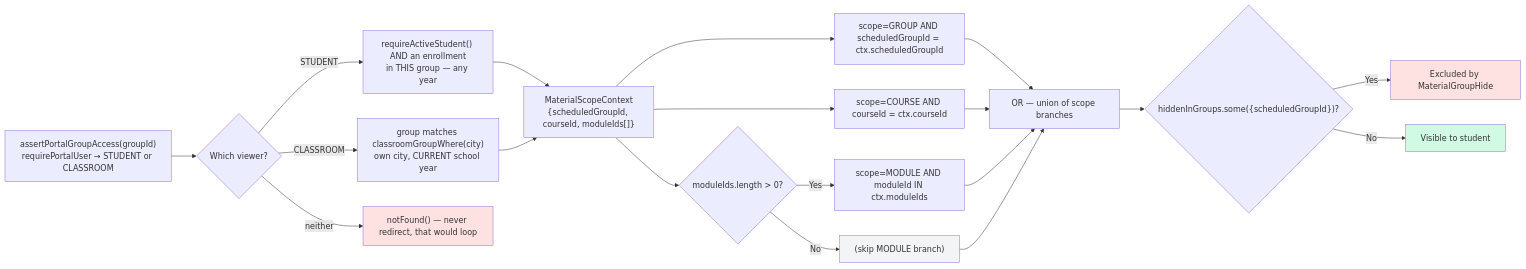
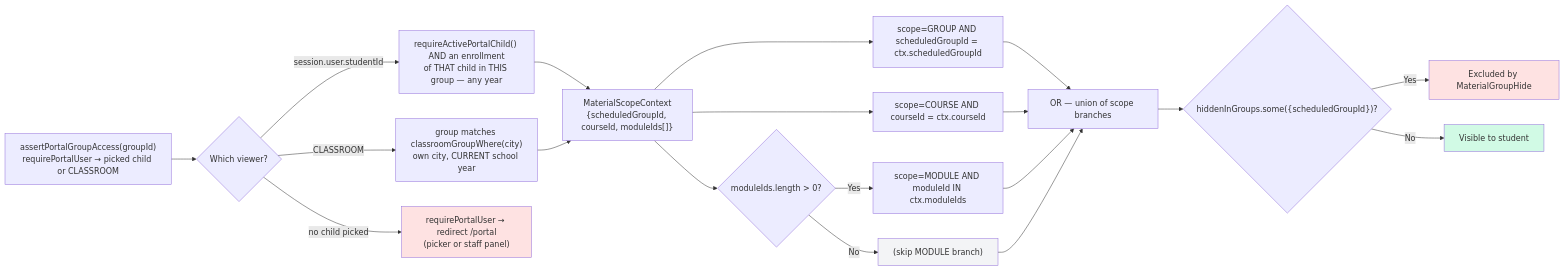
The third of 4 diagrams in docs/diagrams/material-scope.md (jpucic00/inovatic), drawn with Mermaid before and after one commit. The commit also changed other lines of this file and 22 other files, not shown here.

````diff
--- a/docs/diagrams/material-scope.md
+++ b/docs/diagrams/material-scope.md
@@ -77,30 +77,30 @@
 ```mermaid
 flowchart LR
-    V["assertPortalGroupAccess(groupId)<br/>requirePortalUser → STUDENT or CLASSROOM"] --> VW{Which viewer?}
-    VW -->|STUDENT| VS["requireActiveStudent() AND an enrollment<br/>in THIS group — any year"]
+    V["assertPortalGroupAccess(groupId)<br/>requirePortalUser → picked child or CLASSROOM"] --> VW{Which viewer?}
+    VW -->|"session.user.studentId"| VS["requireActivePortalChild() AND an enrollment<br/>of THAT child in THIS group — any year"]
     VW -->|CLASSROOM| VC["group matches classroomGroupWhere(city)<br/>own city, CURRENT school year"]
-    VW -->|neither| VN["notFound() — never redirect, that would loop"]
+    VW -->|"no child picked"| VN["requirePortalUser → redirect /portal<br/>(picker or staff panel)"]
     VS --> CTX
     VC --> CTX
 
     CTX["MaterialScopeContext<br/>{scheduledGroupId, courseId, moduleIds[]}"]
     CTX --> B1["scope=GROUP AND scheduledGroupId = ctx.scheduledGroupId"]
     CTX --> B3["scope=COURSE AND courseId = ctx.courseId"]
     CTX --> Q1{"moduleIds.length > 0?"}
     Q1 -->|Yes| B2["scope=MODULE AND moduleId IN ctx.moduleIds"]
     Q1 -->|No| SK1["(skip MODULE branch)"]
 
     B1 --> UNION["OR — union of scope branches"]
     B2 --> UNION
     B3 --> UNION
     SK1 --> UNION
 
     UNION --> HIDE{"hiddenInGroups.some({scheduledGroupId})?"}
     HIDE -->|Yes| HIDDEN["Excluded by MaterialGroupHide"]
     HIDE -->|No| VISIBLE["Visible to student"]
 
     style VISIBLE fill:#d1fae5
     style HIDDEN fill:#fee2e2
     style SK1 fill:#f3f4f6
     style VN fill:#fee2e2
 ```
````
